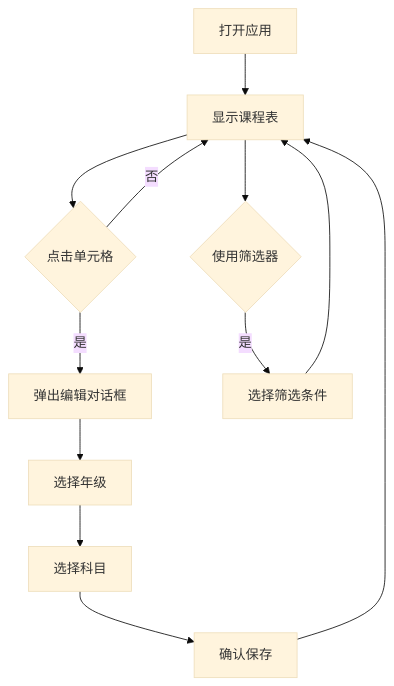
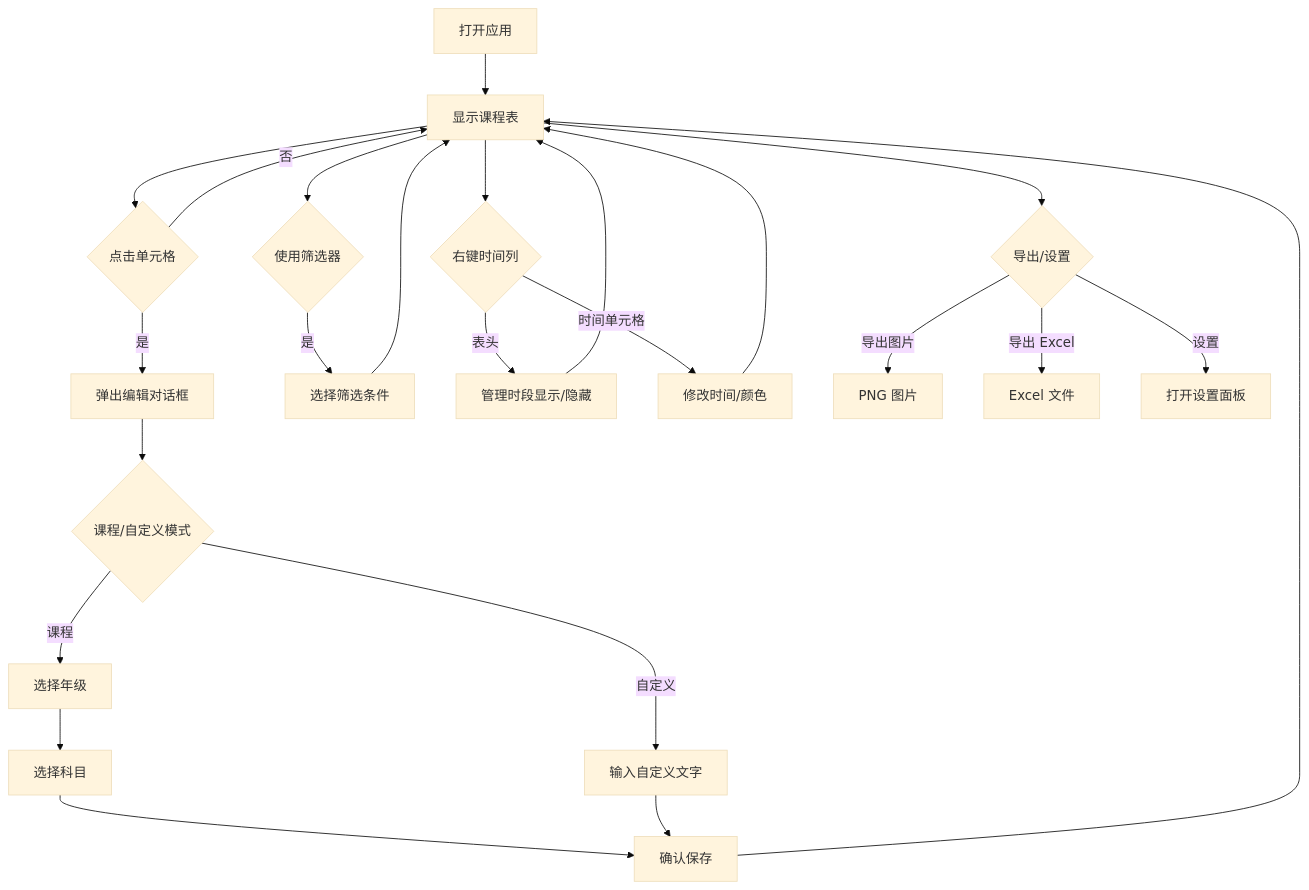
Before and after one commit to williamzlj/paike2: the diagram in .trae/documents/PRD.md, drawn with Mermaid (base theme). The commit also changed other lines of this file and 19 other files, not shown here.

````diff
--- a/.trae/documents/PRD.md
+++ b/.trae/documents/PRD.md
@@ -35,14 +51,26 @@
 ```mermaid
 flowchart TD
     A["打开应用"] --> B["显示课程表"]
     B --> C{"点击单元格"}
     C -->|是| D["弹出编辑对话框"]
-    D --> E["选择年级"]
+    D --> D1{"课程/自定义模式"}
+    D1 -->|课程| E["选择年级"]
     E --> F["选择科目"]
+    D1 -->|自定义| F2["输入自定义文字"]
     F --> G["确认保存"]
+    F2 --> G
     G --> B
     B --> H{"使用筛选器"}
     H -->|是| I["选择筛选条件"]
     I --> B
+    B --> J{"右键时间列"}
+    J -->|表头| K["管理时段显示/隐藏"]
+    J -->|时间单元格| L["修改时间/颜色"]
+    K --> B
+    L --> B
+    B --> M{"导出/设置"}
+    M -->|导出图片| N["PNG 图片"]
+    M -->|导出 Excel| O["Excel 文件"]
+    M -->|设置| P["打开设置面板"]
     C -->|否| B
 ```
````
